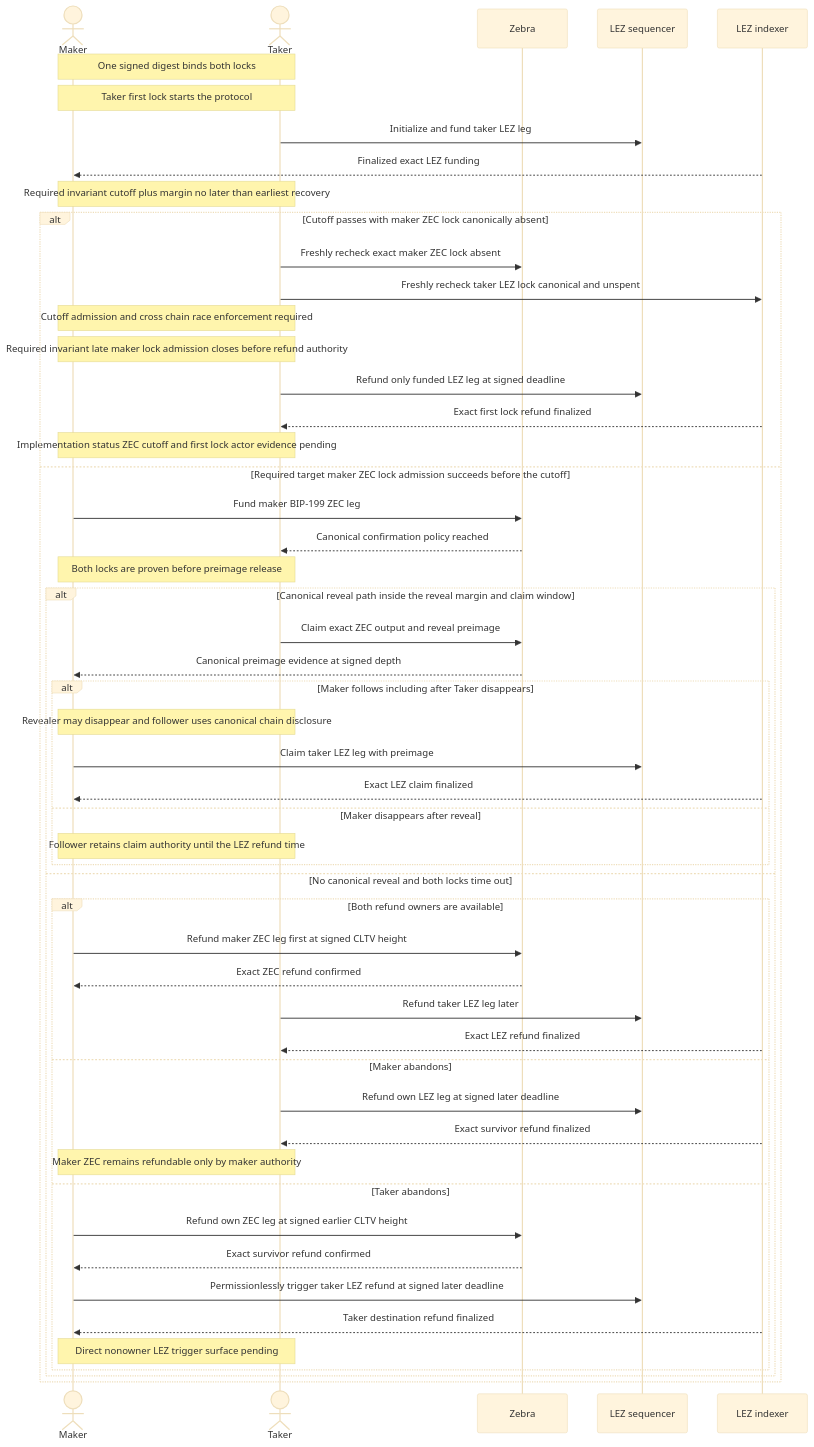
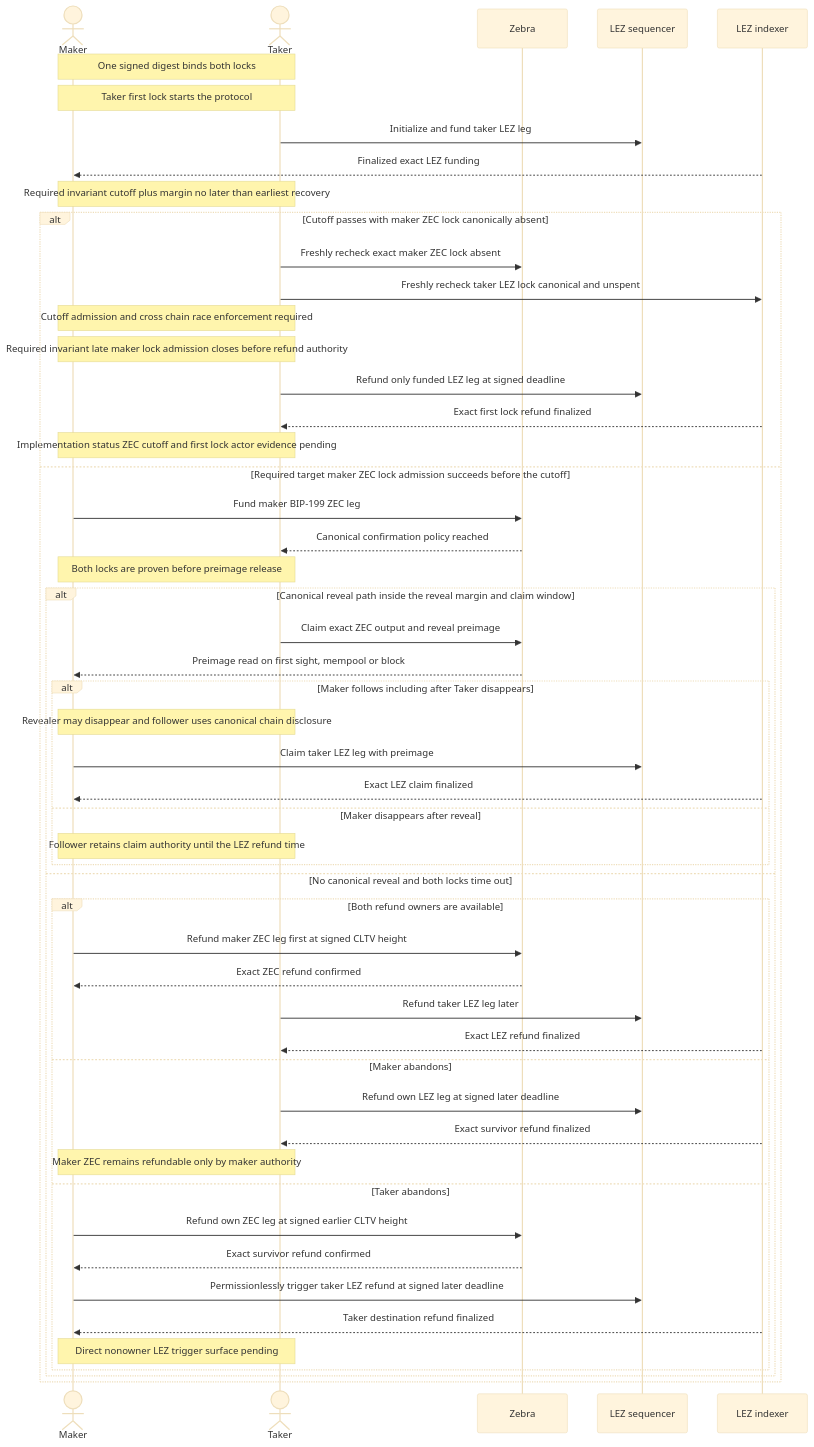
One commit to gateway-fm/lez-atomic-swaps changed diagram 19 of 25 in docs/architecture/system-architecture.md. Above: the diagram before and after it, drawn with Mermaid (base theme). The commit also changed other lines of this file and 4 other files, not shown here.

First line of the commit message:
docs: reveal on first sight, OP_SIZE 32, Maker refund from H_z, pace check at funding; residual risks

````diff
--- a/docs/architecture/system-architecture.md
+++ b/docs/architecture/system-architecture.md
@@ -1971,55 +1971,55 @@
 ```mermaid
 sequenceDiagram
     actor Maker
     actor Taker
     participant Zebra as Zebra
     participant LezSeq as LEZ sequencer
     participant LezIdx as LEZ indexer
 
     Note over Maker,Taker: One signed digest binds both locks
     Note over Maker,Taker: Taker first lock starts the protocol
     Taker->>LezSeq: Initialize and fund taker LEZ leg
     LezIdx-->>Maker: Finalized exact LEZ funding
     Note over Maker,Taker: Required invariant cutoff plus margin no later than earliest recovery
     alt Cutoff passes with maker ZEC lock canonically absent
         Taker->>Zebra: Freshly recheck exact maker ZEC lock absent
         Taker->>LezIdx: Freshly recheck taker LEZ lock canonical and unspent
         Note over Maker,Taker: Cutoff admission and cross chain race enforcement required
         Note over Maker,Taker: Required invariant late maker lock admission closes before refund authority
         Taker->>LezSeq: Refund only funded LEZ leg at signed deadline
         LezIdx-->>Taker: Exact first lock refund finalized
         Note over Maker,Taker: Implementation status ZEC cutoff and first lock actor evidence pending
     else Required target maker ZEC lock admission succeeds before the cutoff
         Maker->>Zebra: Fund maker BIP-199 ZEC leg
         Zebra-->>Taker: Canonical confirmation policy reached
         Note over Maker,Taker: Both locks are proven before preimage release
         alt Canonical reveal path inside the reveal margin and claim window
             Taker->>Zebra: Claim exact ZEC output and reveal preimage
-            Zebra-->>Maker: Canonical preimage evidence at signed depth
+            Zebra-->>Maker: Preimage read on first sight, mempool or block
             alt Maker follows including after Taker disappears
                 Note over Maker,Taker: Revealer may disappear and follower uses canonical chain disclosure
                 Maker->>LezSeq: Claim taker LEZ leg with preimage
                 LezIdx-->>Maker: Exact LEZ claim finalized
             else Maker disappears after reveal
                 Note over Maker,Taker: Follower retains claim authority until the LEZ refund time
             end
         else No canonical reveal and both locks time out
             alt Both refund owners are available
                 Maker->>Zebra: Refund maker ZEC leg first at signed CLTV height
                 Zebra-->>Maker: Exact ZEC refund confirmed
                 Taker->>LezSeq: Refund taker LEZ leg later
                 LezIdx-->>Taker: Exact LEZ refund finalized
             else Maker abandons
                 Taker->>LezSeq: Refund own LEZ leg at signed later deadline
                 LezIdx-->>Taker: Exact survivor refund finalized
                 Note over Maker,Taker: Maker ZEC remains refundable only by maker authority
             else Taker abandons
                 Maker->>Zebra: Refund own ZEC leg at signed earlier CLTV height
                 Zebra-->>Maker: Exact survivor refund confirmed
                 Maker->>LezSeq: Permissionlessly trigger taker LEZ refund at signed later deadline
                 LezIdx-->>Maker: Taker destination refund finalized
                 Note over Maker,Taker: Direct nonowner LEZ trigger surface pending
             end
         end
     end
 ```
````
